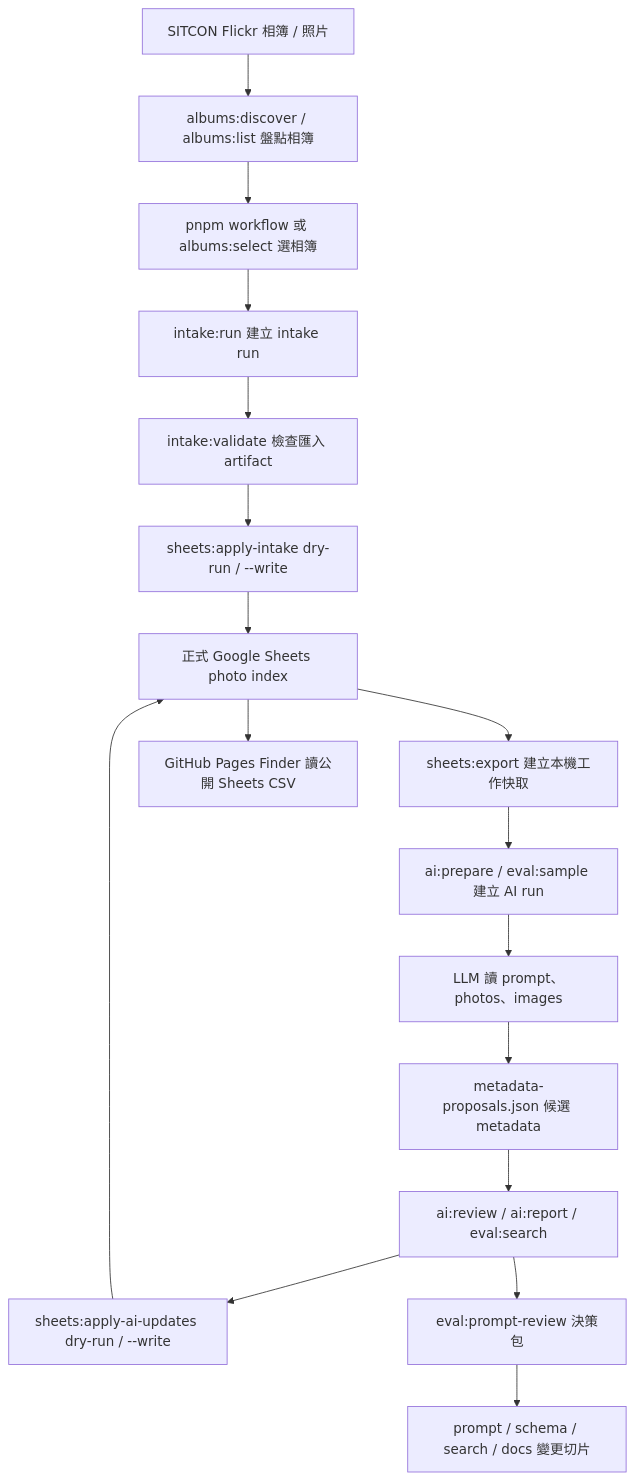
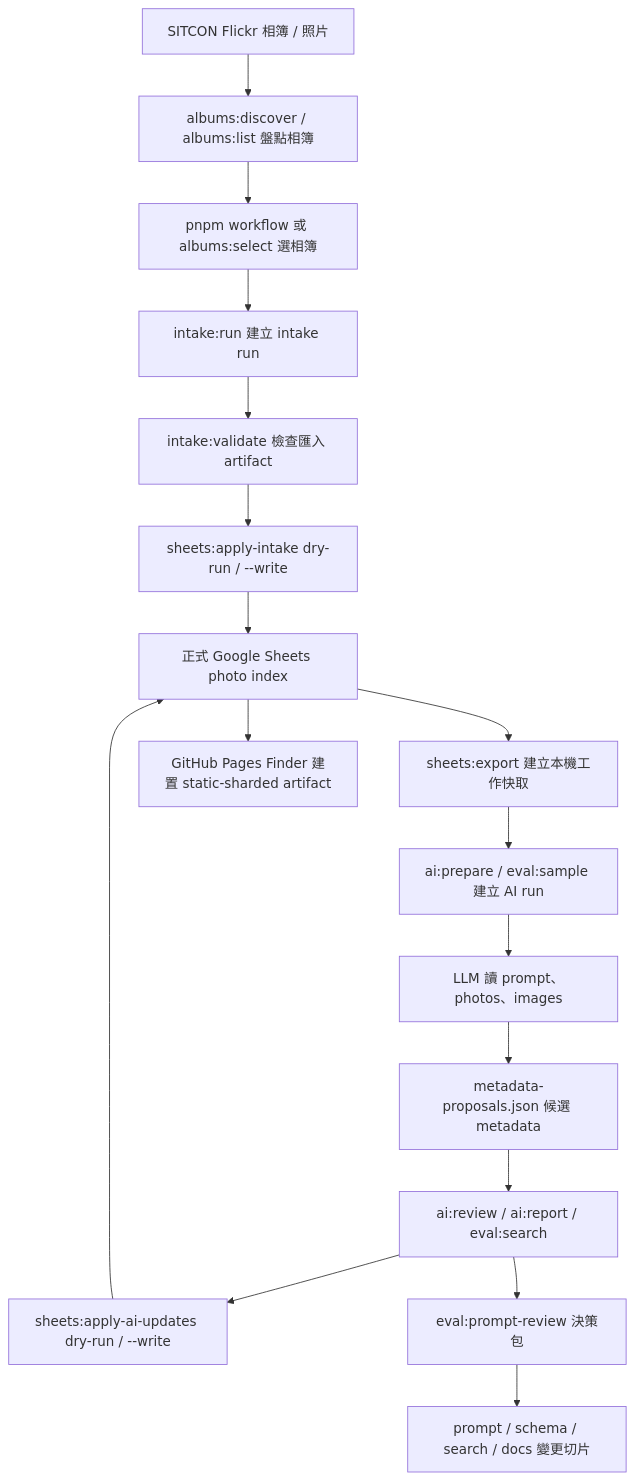
One commit to sitcon-tw/flickr-photo-finder changed the first of 2 diagrams in docs/README.md. Above: the diagram before and after it, drawn with Mermaid. The commit also changed 10 other files, not shown here.

Commit message:
docs: align Pages docs with static sharded data

````diff
--- a/docs/README.md
+++ b/docs/README.md
@@ -22,19 +22,19 @@
 ```mermaid
 flowchart TD
   F["SITCON Flickr 相簿 / 照片"] --> A["albums:discover / albums:list 盤點相簿"]
   A --> B["pnpm workflow 或 albums:select 選相簿"]
   B --> C["intake:run 建立 intake run"]
   C --> D["intake:validate 檢查匯入 artifact"]
   D --> E["sheets:apply-intake dry-run / --write"]
   E --> S["正式 Google Sheets photo index"]
   S --> X["sheets:export 建立本機工作快取"]
-  S --> P["GitHub Pages Finder 讀公開 Sheets CSV"]
+  S --> P["GitHub Pages Finder 建置 static-sharded artifact"]
   X --> Q["ai:prepare / eval:sample 建立 AI run"]
   Q --> M["LLM 讀 prompt、photos、images"]
   M --> R["metadata-proposals.json 候選 metadata"]
   R --> V["ai:review / ai:report / eval:search"]
   V --> U["sheets:apply-ai-updates dry-run / --write"]
   U --> S
   V --> PR["eval:prompt-review 決策包"]
   PR --> CH["prompt / schema / search / docs 變更切片"]
 ```
````
